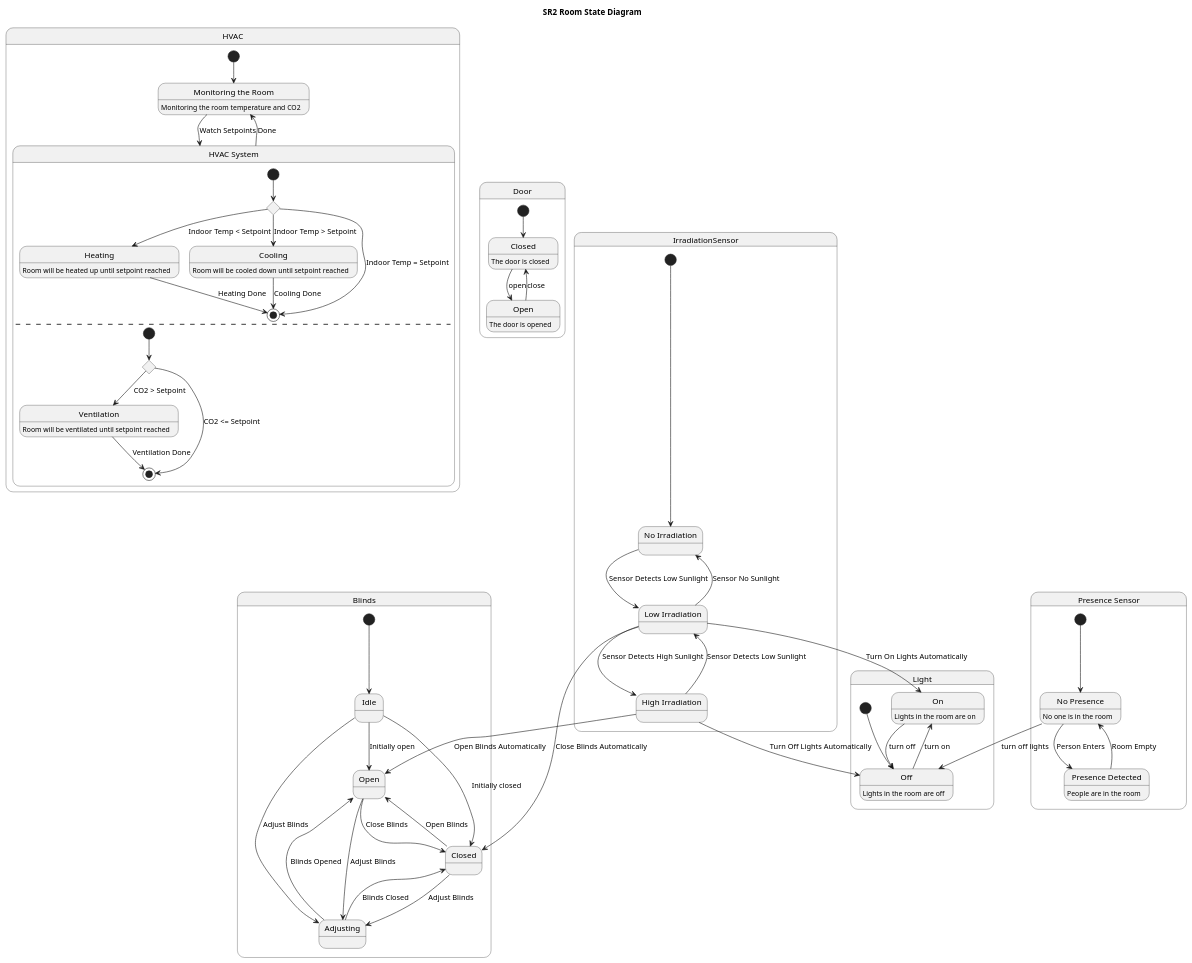
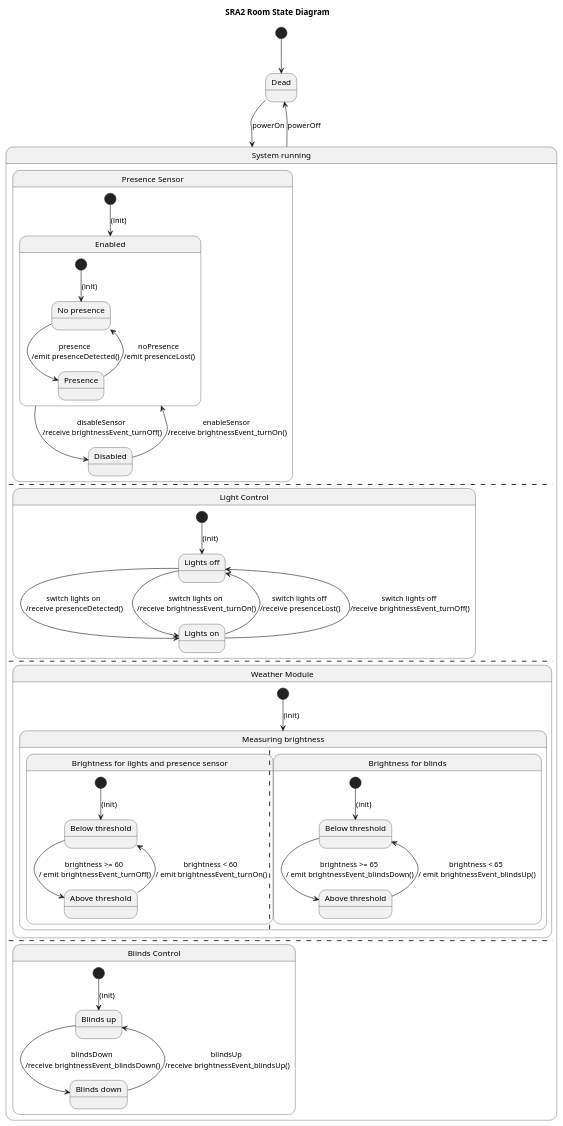
One commit to stefanpenzinger/hba-project changed the diagram in knx/SR2-room-state-diagram.puml. Above: the diagram before and after it, drawn with PlantUML.

Commit message:
Adapt state diagram to be equal to match functionality of current state of KNX project. (Presence Sensor, Light Control, Weather Module, Blinds Control)

```diff
--- a/knx/SR2-room-state-diagram.puml
+++ b/knx/SR2-room-state-diagram.puml
@@ -1,104 +1,84 @@
 @startuml
-title SR2 Room State Diagram
+title SRA2 Room State Diagram
 
-state "Blinds" as blinds {
-    state "Idle" as blinds_idle
-    state "Open" as blinds_open
-    state "Closed" as blinds_closed
-    state "Adjusting" as blinds_adjusting
+[*] --> Dead
 
-    [*] --> blinds_idle
-    blinds_idle --> blinds_closed : Initially closed
-    blinds_idle --> blinds_open : Initially open
-    blinds_idle --> blinds_adjusting : Adjust Blinds
+state "System running" as SR
 
-    blinds_closed --> blinds_open : Open Blinds
-    blinds_open --> blinds_closed : Close Blinds
-    blinds_open --> blinds_adjusting : Adjust Blinds
-    blinds_closed --> blinds_adjusting : Adjust Blinds
-    blinds_adjusting --> blinds_open : Blinds Opened
-    blinds_adjusting --> blinds_closed : Blinds Closed
-}
+Dead --> SR : powerOn
+SR --> Dead : powerOff
 
-state "IrradiationSensor" as irradiation_sensor {
-    state "No Irradiation" as no_irradiation
-    state "Low Irradiation" as low_irradiation
-    state "High Irradiation" as high_irradiation
+state SR {
 
-    [*] --> no_irradiation
-    no_irradiation --> low_irradiation : Sensor Detects Low Sunlight
-    low_irradiation --> high_irradiation : Sensor Detects High Sunlight
-    low_irradiation --> no_irradiation : Sensor No Sunlight
-    high_irradiation --> low_irradiation : Sensor Detects Low Sunlight
-}
+  state "Presence Sensor" as PS {
+     state "Enabled" as sensor_enabled {
+      state "No presence" as no_presence
+      state "Presence" as presence
 
-irradiation_sensor.low_irradiation --> lights.light_on : Turn On Lights Automatically
-irradiation_sensor.low_irradiation --> blinds.blinds_closed : Close Blinds Automatically
-irradiation_sensor.high_irradiation --> lights.light_off : Turn Off Lights Automatically
-irradiation_sensor.high_irradiation --> blinds.blinds_open : Open Blinds Automatically
+      [*] --> no_presence : (init)
 
-
-state "Light" as lights {
-    state "Off" as light_off: Lights in the room are off
-    state "On" as light_on: Lights in the room are on
-
-    light_off --> light_on : turn on
-    light_on --> light_off : turn off
-
-    [*] --> light_off
-}
-
-state "Presence Sensor" as presence {
-    state "No Presence" as no_presence: No one is in the room
-    state "Presence Detected" as presence_detected: People are in the room
-
-    presence_detected --> no_presence : Room Empty
-    no_presence --> presence_detected : Person Enters
-
-    [*] --> no_presence
-}
-
-no_presence --> lights.light_off : turn off lights
-
-state "HVAC" as hvac {
-    state "Monitoring the Room" as monitoring: Monitoring the room temperature and CO2
-    [*] --> monitoring
-    monitoring --> temperature : Watch Setpoints
-
-    state "HVAC System" as temperature {
-        state temperature_value <<choice>>
-        state "Heating" as heating: Room will be heated up until setpoint reached
-        state "Cooling" as cooling: Room will be cooled down until setpoint reached
-
-        [*] --> temperature_value
-        temperature_value --> heating : Indoor Temp < Setpoint
-        temperature_value --> cooling : Indoor Temp > Setpoint
-        temperature_value --> [*] : Indoor Temp = Setpoint
-        heating --> [*]: Heating Done
-        cooling --> [*]: Cooling Done
-
-        --
-
-        state co2_value <<choice>>
-        state "Ventilation" as ventilation: Room will be ventilated until setpoint reached
-        [*] --> co2_value
-        co2_value --> ventilation : CO2 > Setpoint
-        co2_value --> [*] : CO2 <= Setpoint
-
-        ventilation --> [*]: Ventilation Done
+      no_presence --> presence : presence \n/emit presenceDetected()
+      presence --> no_presence : noPresence \n/emit presenceLost()
     }
 
-    temperature --> monitoring : Done
+    [*] --> sensor_enabled : (init)
+
+    state "Disabled" as sensor_disabled
+    sensor_disabled --> sensor_enabled : enableSensor \n/receive brightnessEvent_turnOn()
+    sensor_enabled --> sensor_disabled : disableSensor \n/receive brightnessEvent_turnOff()
+  }
+
+  --
+
+  state "Light Control" as LC {
+    state "Lights off" as lights_off
+    state "Lights on" as lights_on
+
+    [*] --> lights_off : (init)
+    lights_off --> lights_on : switch lights on \n/receive presenceDetected()
+    lights_off --> lights_on : switch lights on \n/receive brightnessEvent_turnOn()
+    lights_on --> lights_off : switch lights off \n/receive presenceLost()
+    lights_on --> lights_off : switch lights off \n/receive brightnessEvent_turnOff()
+  }
+
+  --
+
+  state "Weather Module" as WM {
+    state "Measuring brightness" as measuring_brightness {
+        state "Brightness for lights and presence sensor" as brightness {
+            state "Below threshold" as below_threshold_l_and_ps
+            state "Above threshold" as above_threshold_l_and_ps
+
+            [*] --> below_threshold_l_and_ps : (init)
+            below_threshold_l_and_ps --> above_threshold_l_and_ps : brightness >= 60 \n/ emit brightnessEvent_turnOff()
+            above_threshold_l_and_ps --> below_threshold_l_and_ps : brightness < 60 \n/ emit brightnessEvent_turnOn()
+        }
+
+        ||
+
+        state "Brightness for blinds" as brightness_blinds {
+            state "Below threshold" as below_threshold_blinds
+            state "Above threshold" as above_threshold_blinds
+
+            [*] --> below_threshold_blinds : (init)
+            below_threshold_blinds --> above_threshold_blinds : brightness >= 65 \n/ emit brightnessEvent_blindsDown()
+            above_threshold_blinds --> below_threshold_blinds : brightness < 65 \n/ emit brightnessEvent_blindsUp()
+        }
+
+    }
+
+    [*] --> measuring_brightness : (init)
+  }
+
+  --
+
+  state "Blinds Control" as BC {
+    state "Blinds up" as blinds_up
+    state "Blinds down" as blinds_down
+
+    [*] --> blinds_up : (init)
+    blinds_up --> blinds_down : blindsDown \n/receive brightnessEvent_blindsDown()
+    blinds_down --> blinds_up : blindsUp \n/receive brightnessEvent_blindsUp()
+  }
 }
-
-state "Door" as door {
-    state "Closed" as door_closed: The door is closed
-    state "Open" as door_open: The door is opened
-
-    door_closed --> door_open : open
-    door_open --> door_closed : close
-
-    [*] --> door_closed
-}
-
 @enduml
```
